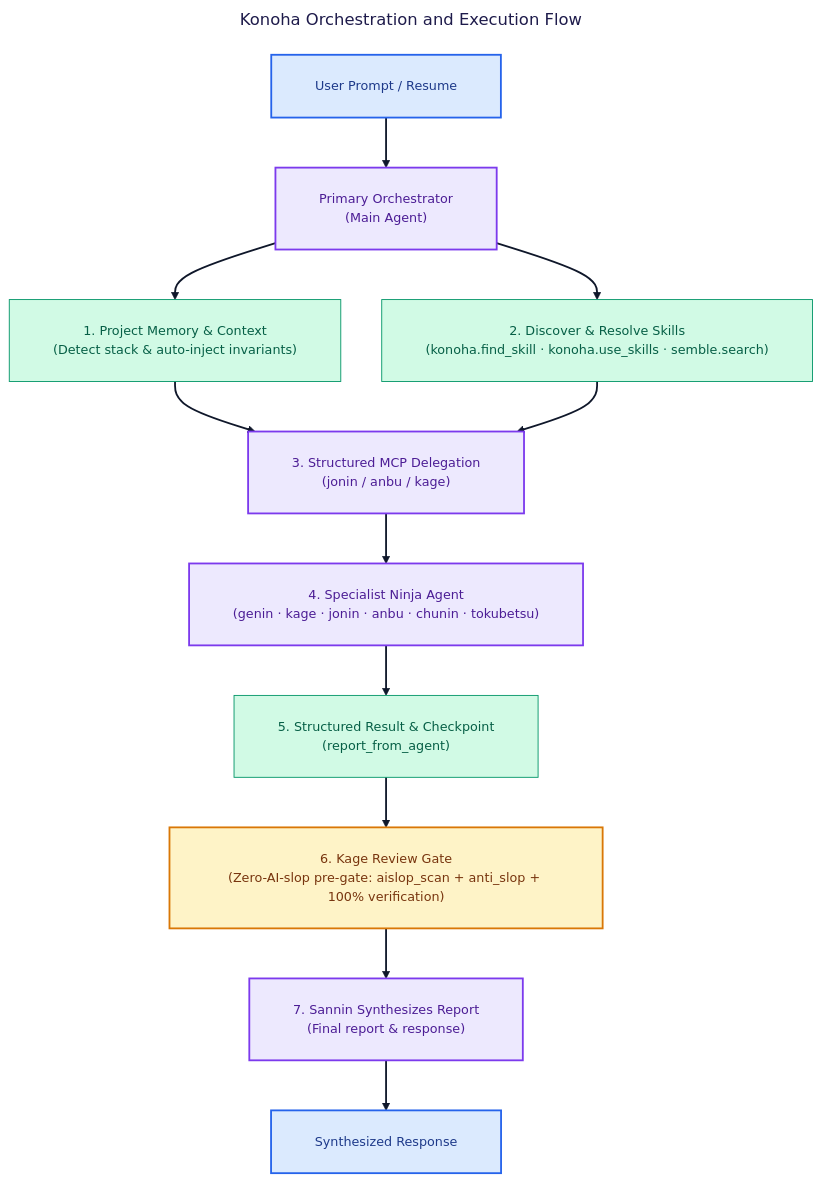
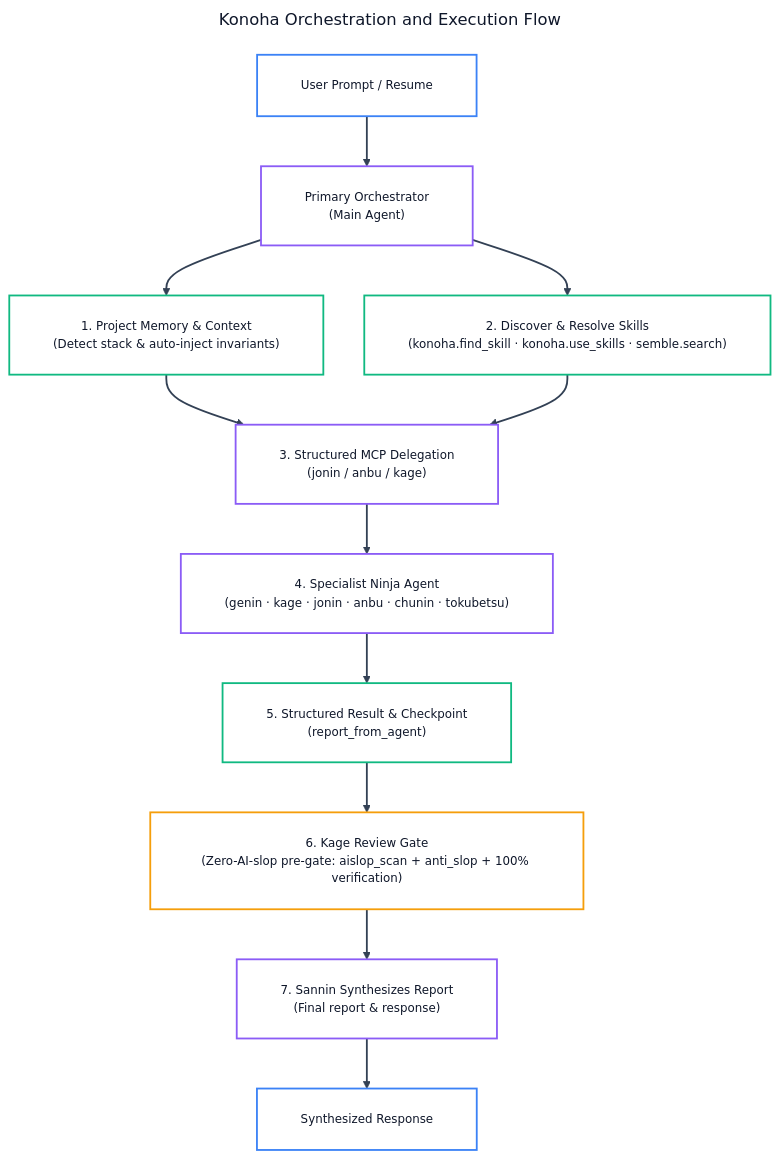
One commit to andycungkrinx91/konoha changed the first of 3 diagrams in README.md. Above: the diagram before and after it, drawn with Mermaid. The commit also changed other lines of this file and 107 other files, not shown here.

````diff
--- a/README.md
+++ b/README.md
@@ -296,46 +298,46 @@
 ```mermaid
 ---
 title: Konoha Orchestration and Execution Flow
 config:
   theme: base
   themeVariables:
+    darkMode: false
     background: '#ffffff'
     mainBkg: '#ffffff'
-    primaryColor: '#ede9fe'
-    primaryTextColor: '#1e1b4b'
-    primaryBorderColor: '#7c3aed'
-    lineColor: '#0f172a'
-    arrowheadColor: '#0f172a'
-    secondaryColor: '#d1fae5'
-    tertiaryColor: '#dbeafe'
-    fontFamily: 'Inter, system-ui, sans-serif'
-    fontSize: '14px'
+    primaryColor: '#ffffff'
+    primaryTextColor: '#0f172a'
+    primaryBorderColor: '#3b82f6'
+    lineColor: '#334155'
+    arrowheadColor: '#334155'
+    secondaryColor: '#f8fafc'
+    tertiaryColor: '#ffffff'
+    fontFamily: 'Inter, system-ui, -apple-system, sans-serif'
+    fontSize: '13px'
   flowchart:
     nodeSpacing: 45
     rankSpacing: 55
     padding: 24
     wrappingWidth: 380
 ---
 flowchart TB
     Prompt["User Prompt / Resume"] --> Orchestrator["Primary Orchestrator<br/>(Main Agent)"]
     Orchestrator --> Context["1. Project Memory & Context<br/>(Detect stack & auto-inject invariants)"]
     Orchestrator --> Discover["2. Discover & Resolve Skills<br/>(konoha.find_skill · konoha.use_skills · semble.search)"]
     Context --> Delegate["3. Structured MCP Delegation<br/>(jonin / anbu / kage)"]
     Discover --> Delegate
     Delegate --> Agent["4. Specialist Ninja Agent<br/>(genin · kage · jonin · anbu · chunin · tokubetsu)"]
     Agent --> Report["5. Structured Result & Checkpoint<br/>(report_from_agent)"]
     Report --> Review["6. Kage Review Gate<br/>(Zero-AI-slop pre-gate: aislop_scan + anti_slop + 100% verification)"]
     Review --> Synthesize["7. Sannin Synthesizes Report<br/>(Final report & response)"]
     Synthesize --> Response["Synthesized Response"]
 
-    linkStyle default stroke:#0f172a,stroke-width:2px;
-    classDef user fill:#dbeafe,stroke:#2563eb,color:#1e3a8a,stroke-width:2px
-    classDef orchestration fill:#ede9fe,stroke:#7c3aed,color:#4c1d95,stroke-width:2px
-    classDef mcp fill:#d1fae5,stroke:#059669,color:#065f46
-    classDef review fill:#fef3c7,stroke:#d97706,color:#78350f,stroke-width:2px
-    class Prompt,Response user
-    class Orchestrator,Synthesize orchestration
-    class Context,Discover,Report mcp
-    class Review review
-    class Delegate,Agent orchestration
+    linkStyle default stroke:#334155,stroke-width:2px;
+    classDef userNode fill:#ffffff,stroke:#3b82f6,color:#0f172a,stroke-width:2px;
+    classDef orchNode fill:#ffffff,stroke:#8b5cf6,color:#0f172a,stroke-width:2px;
+    classDef mcpNode fill:#ffffff,stroke:#10b981,color:#0f172a,stroke-width:2px;
+    classDef reviewNode fill:#ffffff,stroke:#f59e0b,color:#0f172a,stroke-width:2px;
+    class Prompt,Response userNode;
+    class Orchestrator,Synthesize,Delegate,Agent orchNode;
+    class Context,Discover,Report mcpNode;
+    class Review reviewNode;
 ```
````
